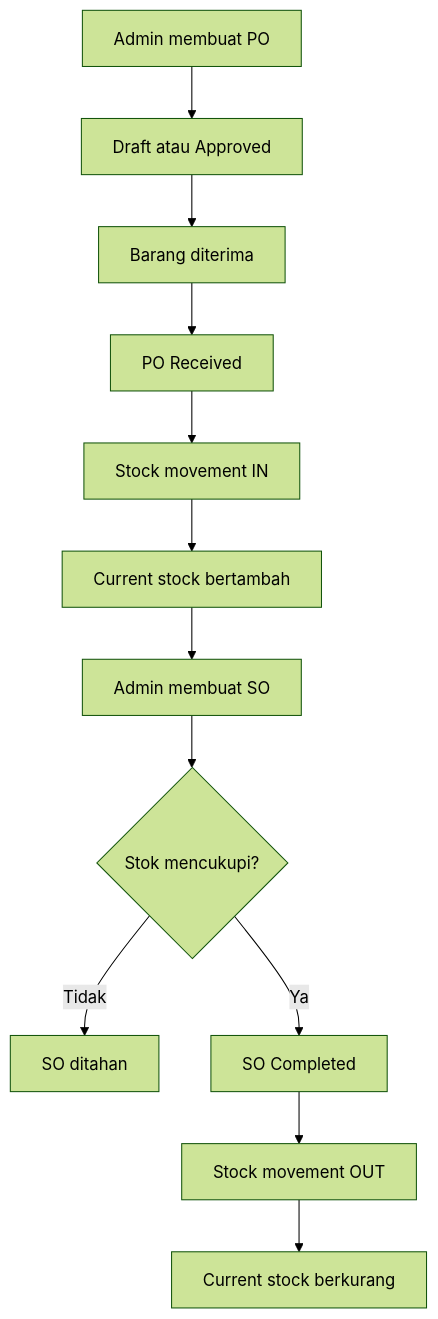
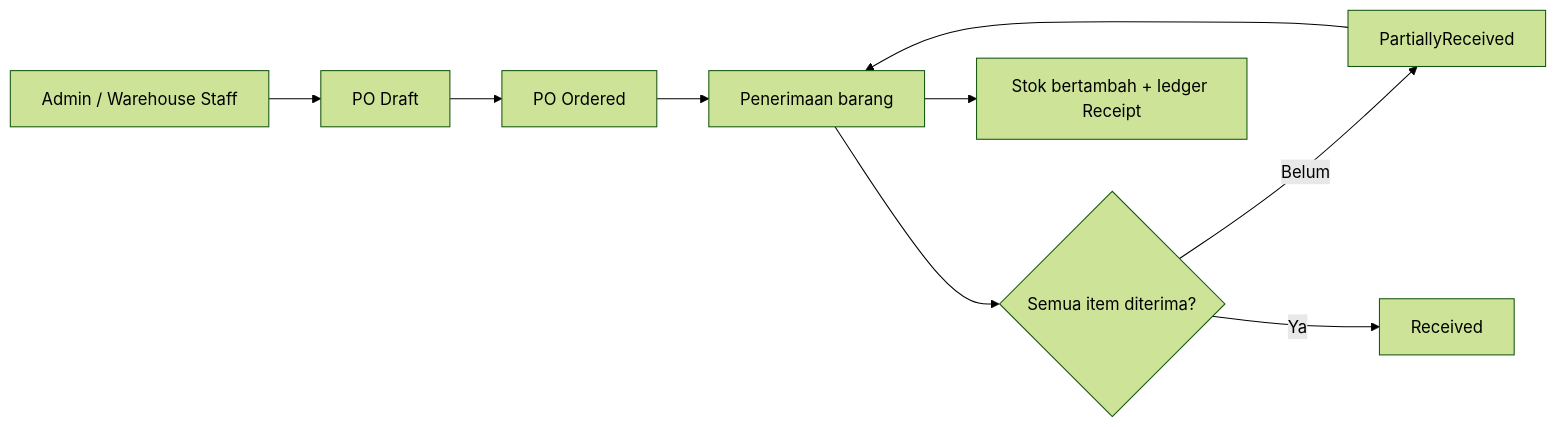
The first of 3 diagrams in docs/dokumentasi-summary.md (sayyidahfathimah/gudang-kita), drawn with Mermaid (forest theme) before and after one commit. The commit also changed other lines of this file and 123 other files, not shown here.

````diff
--- a/docs/dokumentasi-summary.md
+++ b/docs/dokumentasi-summary.md
@@ -80,14 +23,11 @@
 ```mermaid
-flowchart TD
-    A[Admin membuat PO] --> B[Draft atau Approved]
-    B --> C[Barang diterima]
-    C --> D[PO Received]
-    D --> E[Stock movement IN]
-    E --> F[Current stock bertambah]
-    F --> G[Admin membuat SO]
-    G --> H{Stok mencukupi?}
-    H -->|Tidak| I[SO ditahan]
-    H -->|Ya| J[SO Completed]
-    J --> K[Stock movement OUT]
-    K --> L[Current stock berkurang]
+flowchart LR
+    A[Admin / Warehouse Staff] --> B[PO Draft]
+    B --> C[PO Ordered]
+    C --> D[Penerimaan barang]
+    D --> E{Semua item diterima?}
+    E -->|Belum| F[PartiallyReceived]
+    F --> D
+    E -->|Ya| G[Received]
+    D --> H[Stok bertambah + ledger Receipt]
 ```
````
